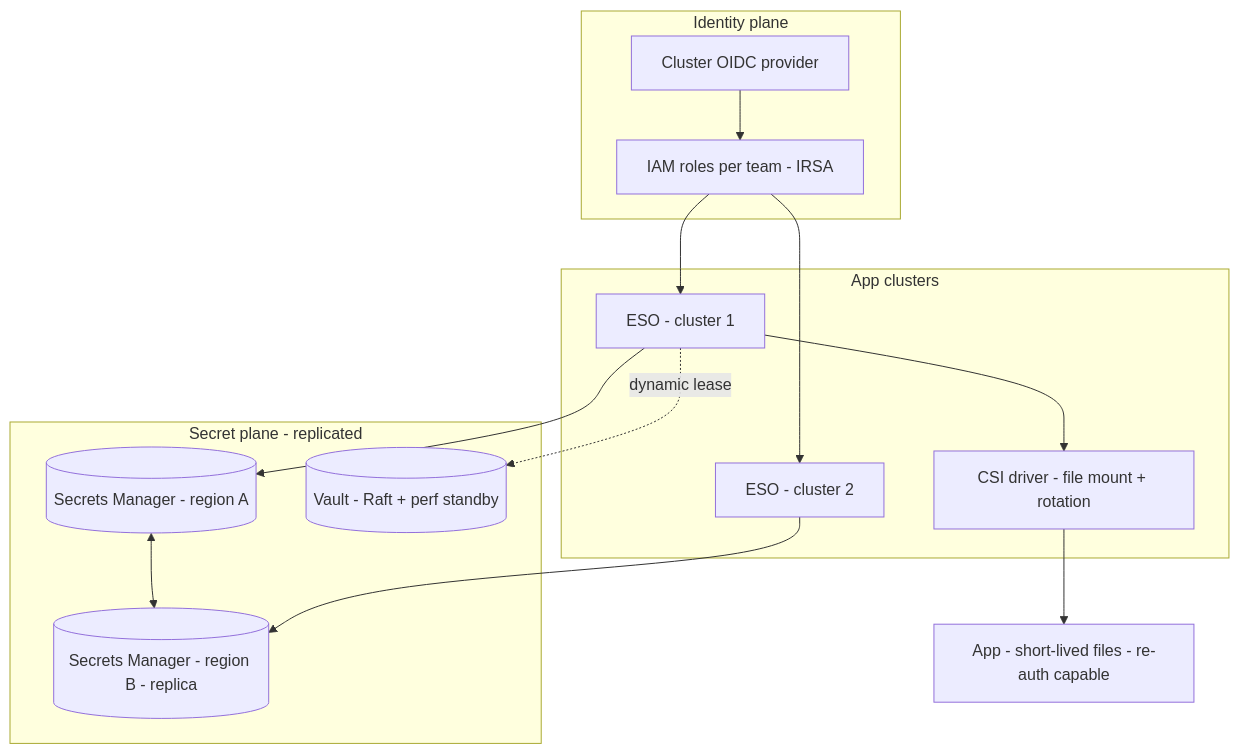
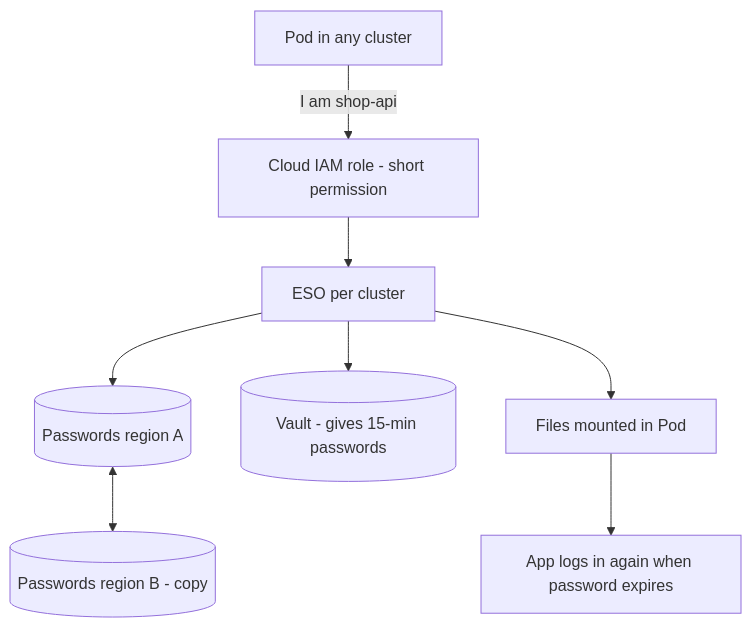
Before and after one commit to AnkitTiwari643/infrastructure-thinking: the third of 3 diagrams in docs/12-kubernetes-secret-management.md, drawn with Mermaid. The commit also changed other lines of this file, not shown here.

Commit message:
fix: rewrite kubernetes secrets guide in plain English with examples

````diff
--- a/docs/12-kubernetes-secret-management.md
+++ b/docs/12-kubernetes-secret-management.md
@@ -84,26 +150,10 @@
 ```mermaid
 flowchart TB
-    subgraph ID[Identity plane]
-    OIDC[Cluster OIDC provider]
-    IAM[IAM roles per team - IRSA]
-    end
-    subgraph SEC[Secret plane - replicated]
-    SM1[(Secrets Manager - region A)]
-    SM2[(Secrets Manager - region B - replica)]
-    VAULT[(Vault - Raft + perf standby)]
-    end
-    subgraph CL[App clusters]
-    ESO1[ESO - cluster 1]
-    ESO2[ESO - cluster 2]
-    CSI[CSI driver - file mount + rotation]
-    end
-    OIDC --> IAM
-    IAM --> ESO1
-    IAM --> ESO2
-    SM1 <--> SM2
-    ESO1 --> SM1
-    ESO2 --> SM2
-    ESO1 -.->|dynamic lease| VAULT
-    ESO1 --> CSI
-    CSI --> APP[App - short-lived files - re-auth capable]
+    APP[Pod in any cluster] -->|I am shop-api| ID[Cloud IAM role - short permission]
+    ID --> ESO[ESO per cluster]
+    ESO --> A[(Passwords region A)]
+    A <--> B[(Passwords region B - copy)]
+    ESO --> V[(Vault - gives 15-min passwords)]
+    ESO --> FILES[Files mounted in Pod]
+    FILES --> REAUTH[App logs in again when password expires]
 ```
````
